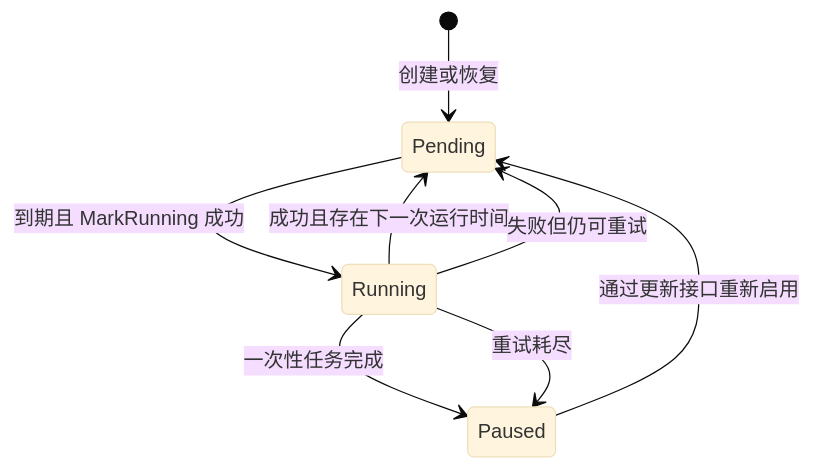
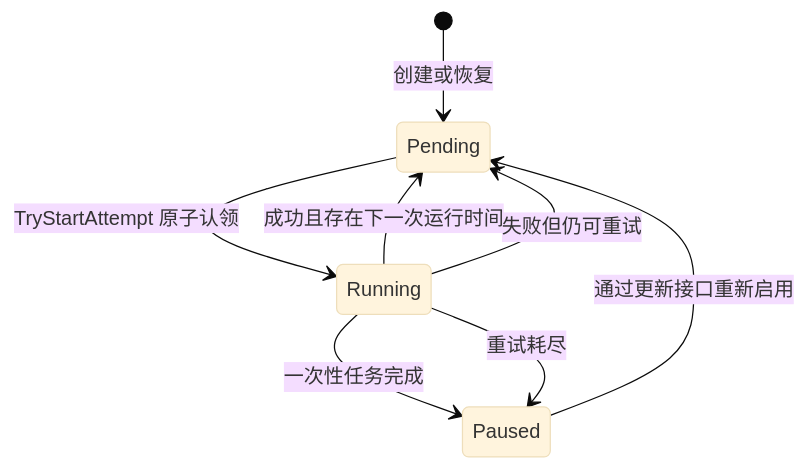
Before and after one commit to zxyao145/agw: the second of 2 diagrams in src/server/Agw.Jobs/README.zh-CN.md, drawn with Mermaid (base theme). The commit also changed other lines of this file and 93 other files, not shown here.

````diff
--- a/src/server/Agw.Jobs/README.zh-CN.md
+++ b/src/server/Agw.Jobs/README.zh-CN.md
@@ -121,10 +125,10 @@
 ```mermaid
 stateDiagram-v2
     [*] --> Pending: 创建或恢复
-    Pending --> Running: 到期且 MarkRunning 成功
+    Pending --> Running: TryStartAttempt 原子认领
     Running --> Pending: 成功且存在下一次运行时间
     Running --> Paused: 一次性任务完成
     Running --> Pending: 失败但仍可重试
     Running --> Paused: 重试耗尽
     Paused --> Pending: 通过更新接口重新启用
 ```
````
